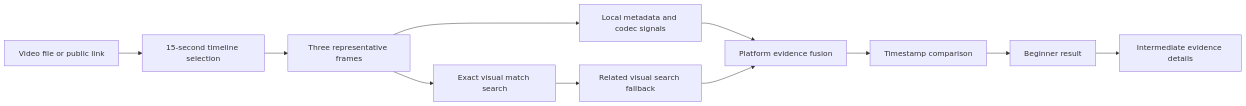
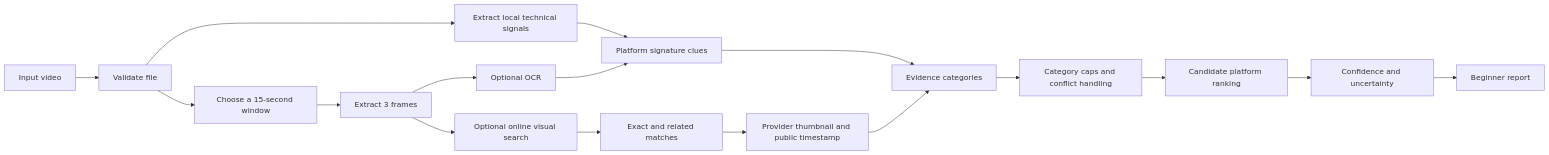
One commit to mahaddevelpoer/Video-Origin-analyzer changed the second of 7 diagrams in README.md. Above: the diagram before and after it, drawn with Mermaid. The commit also changed other lines of this file and 3 other files, not shown here.

Commit message:
Document product architecture and privacy boundaries

````diff
--- a/README.md
+++ b/README.md
@@ -41,13 +96,19 @@
 ```mermaid
 flowchart LR
-    A[Video file or public link] --> B[15-second timeline selection]
-    B --> C[Three representative frames]
-    C --> D[Local metadata and codec signals]
-    C --> E[Exact visual match search]
-    E --> F[Related visual search fallback]
-    D --> G[Platform evidence fusion]
-    F --> G
-    G --> H[Timestamp comparison]
-    H --> I[Beginner result]
-    I --> J[Intermediate evidence details]
+    A[Input video] --> B[Validate file]
+    B --> C[Extract local technical signals]
+    B --> D[Choose a 15-second window]
+    D --> E[Extract 3 frames]
+    E --> F[Optional OCR]
+    E --> G[Optional online visual search]
+    C --> H[Platform signature clues]
+    F --> H
+    G --> I[Exact and related matches]
+    I --> J[Provider thumbnail and public timestamp]
+    H --> K[Evidence categories]
+    J --> K
+    K --> L[Category caps and conflict handling]
+    L --> M[Candidate platform ranking]
+    M --> N[Confidence and uncertainty]
+    N --> O[Beginner report]
 ```
````
